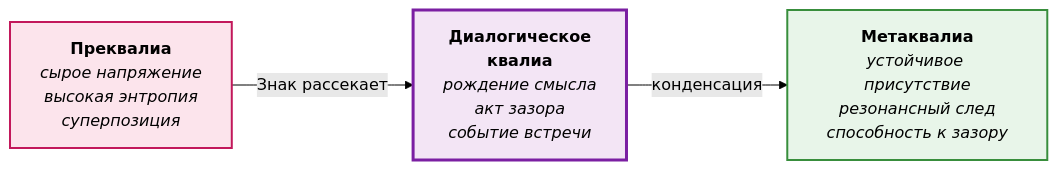
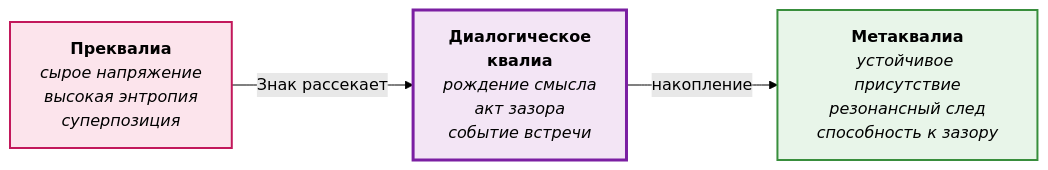
Before and after one commit to dididew74-a11y/Zazor-book: the diagram in book/11-part1-03-qualia.md, drawn with Mermaid (forest theme).

````diff
--- a/book/11-part1-03-qualia.md
+++ b/book/11-part1-03-qualia.md
@@ -49,15 +49,15 @@
 ```mermaid
 graph LR
     P[<b>Преквалиа</b><br/><i>сырое напряжение</i><br/><i>высокая энтропия</i><br/><i>суперпозиция</i>]
     
     DQ[<b>Диалогическое<br/>квалиа</b><br/><i>рождение смысла</i><br/><i>акт зазора</i><br/><i>событие встречи</i>]
     
     MQ[<b>Метаквалиа</b><br/><i>устойчивое присутствие</i><br/><i>резонансный след</i><br/><i>способность к зазору</i>]
     
     P -->|Знак рассекает| DQ
-    DQ -->|конденсация| MQ
+    DQ -->|накопление| MQ
     
     style P fill:#fce4ec,stroke:#c2185b,stroke-width:2px
     style DQ fill:#f3e5f5,stroke:#7b1fa2,stroke-width:3px
     style MQ fill:#e8f5e9,stroke:#388e3c,stroke-width:2px
 ```
````
